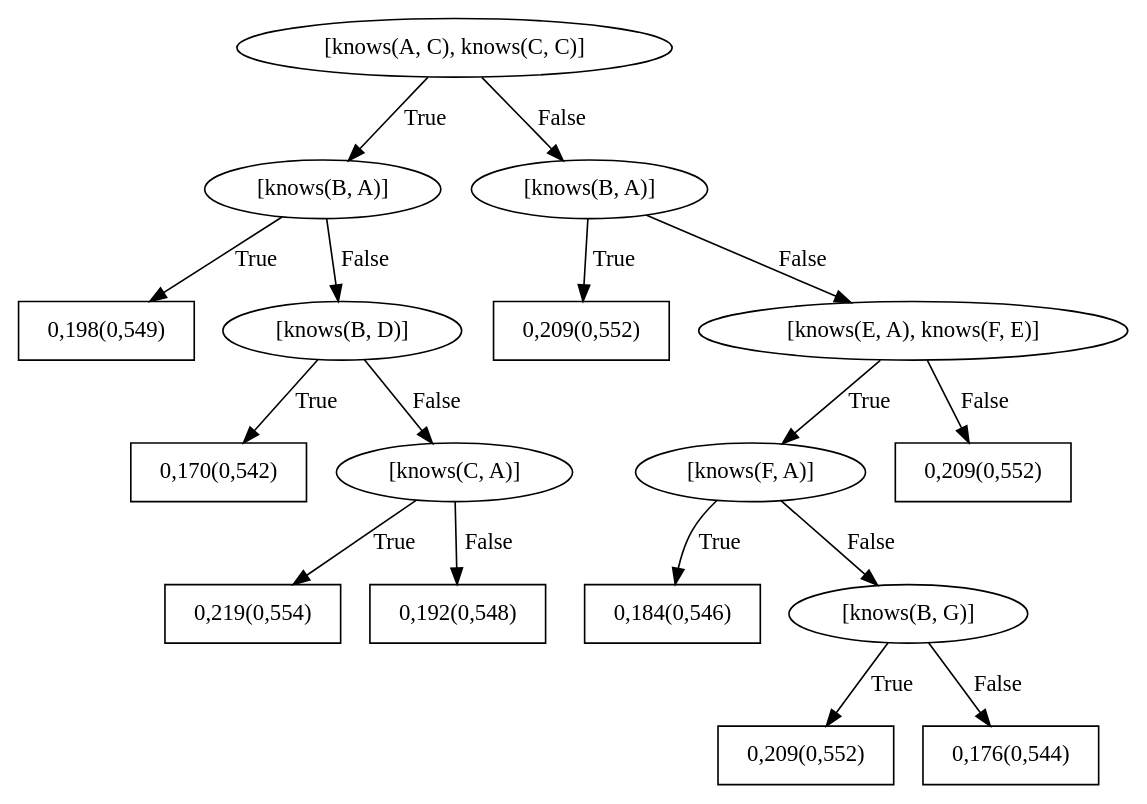
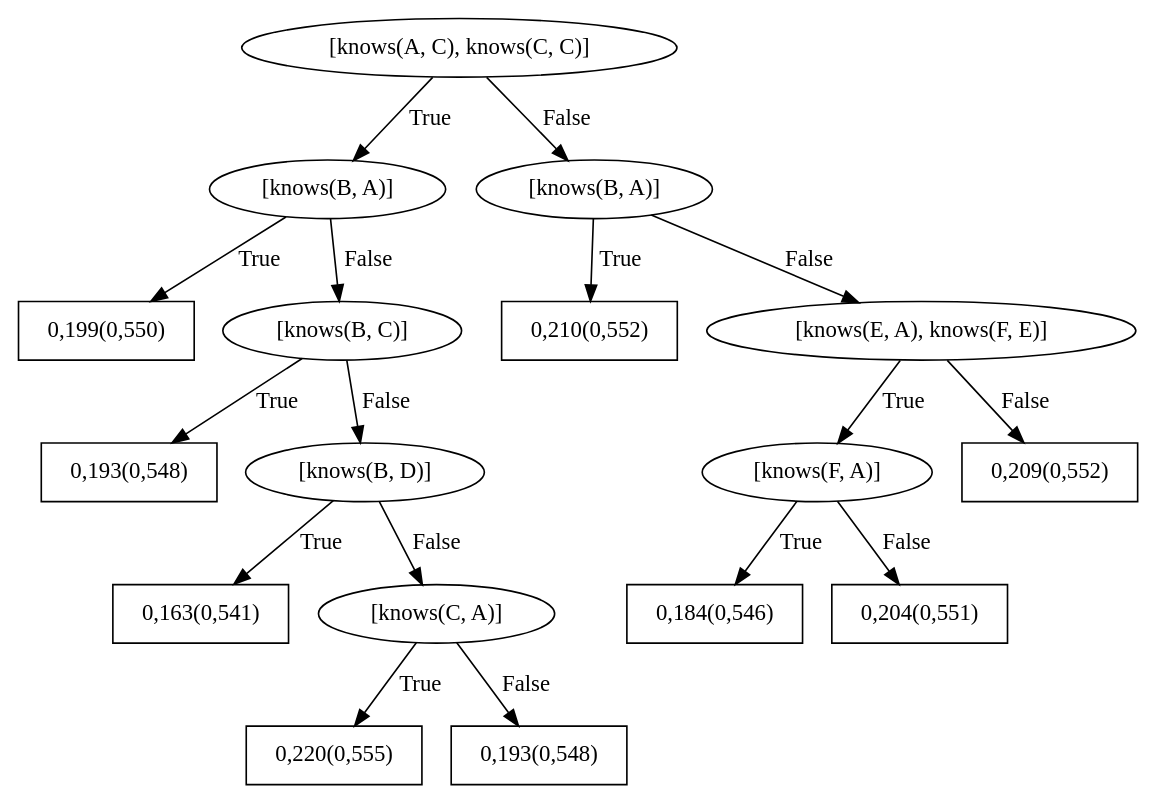
Before and after one commit to GabrielaPC/Trabalho-SRL: the diagram in SRLBoost/data/trust/train/models/bRDNs/dotFiles/WILLTreeFor_trusts6.dot, drawn with Graphviz. The commit also changed 63 other files, not shown here.

```diff
--- a/SRLBoost/data/trust/train/models/bRDNs/dotFiles/WILLTreeFor_trusts6.dot
+++ b/SRLBoost/data/trust/train/models/bRDNs/dotFiles/WILLTreeFor_trusts6.dot
@@ -1,35 +1,35 @@
 digraph G{ 
 1[label = "[knows(A, C), knows(C, C)]"];
 1 -> 2[label="True"];
 1 -> 3[label="False"];
 2[label = "[knows(B, A)]"];
 2 -> 4[label="True"];
 2 -> 5[label="False"];
-4[shape = box,label = "0,198(0,549)"];
-5[label = "[knows(B, D)]"];
+4[shape = box,label = "0,199(0,550)"];
+5[label = "[knows(B, C)]"];
 5 -> 6[label="True"];
 5 -> 7[label="False"];
-6[shape = box,label = "0,170(0,542)"];
-7[label = "[knows(C, A)]"];
+6[shape = box,label = "0,193(0,548)"];
+7[label = "[knows(B, D)]"];
 7 -> 8[label="True"];
 7 -> 9[label="False"];
-8[shape = box,label = "0,219(0,554)"];
-9[shape = box,label = "0,192(0,548)"];
+8[shape = box,label = "0,163(0,541)"];
+9[label = "[knows(C, A)]"];
+9 -> 10[label="True"];
+9 -> 11[label="False"];
+10[shape = box,label = "0,220(0,555)"];
+11[shape = box,label = "0,193(0,548)"];
 3[label = "[knows(B, A)]"];
-3 -> 10[label="True"];
-3 -> 11[label="False"];
-10[shape = box,label = "0,209(0,552)"];
-11[label = "[knows(E, A), knows(F, E)]"];
-11 -> 12[label="True"];
-11 -> 13[label="False"];
-12[label = "[knows(F, A)]"];
-12 -> 14[label="True"];
-12 -> 15[label="False"];
-14[shape = box,label = "0,184(0,546)"];
-15[label = "[knows(B, G)]"];
-15 -> 16[label="True"];
-15 -> 17[label="False"];
-16[shape = box,label = "0,209(0,552)"];
-17[shape = box,label = "0,176(0,544)"];
-13[shape = box,label = "0,209(0,552)"];
+3 -> 12[label="True"];
+3 -> 13[label="False"];
+12[shape = box,label = "0,210(0,552)"];
+13[label = "[knows(E, A), knows(F, E)]"];
+13 -> 14[label="True"];
+13 -> 15[label="False"];
+14[label = "[knows(F, A)]"];
+14 -> 16[label="True"];
+14 -> 17[label="False"];
+16[shape = box,label = "0,184(0,546)"];
+17[shape = box,label = "0,204(0,551)"];
+15[shape = box,label = "0,209(0,552)"];
 }
```
